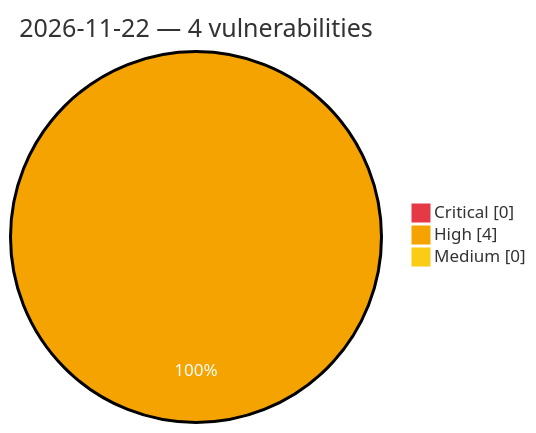
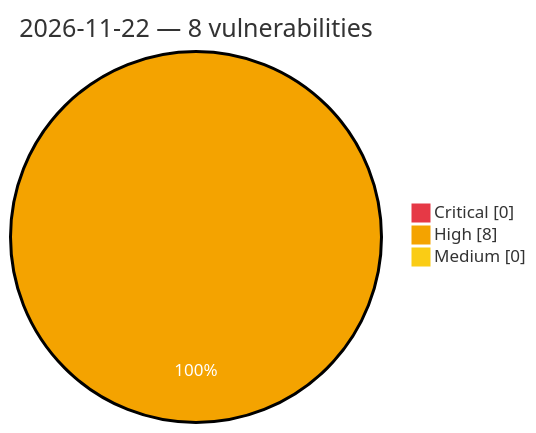
Before and after one commit to GhostX0X/vuln-tracker: the diagram in vulnerabilities/2026/November/2026-11-22.md, drawn with Mermaid. The commit also changed other lines of this file and 5 other files, not shown here.

````diff
--- a/vulnerabilities/2026/November/2026-11-22.md
+++ b/vulnerabilities/2026/November/2026-11-22.md
@@ -3,8 +3,8 @@
 ```mermaid
 %%{init: {'theme':'base', 'themeVariables': {'pie1':'#e63946', 'pie2':'#f4a300', 'pie3':'#facc15', 'pieOpacity':'1', 'pieOuterStrokeWidth':'2px', 'pieSectionTextColor':'#ffffff'}}}%%
 pie showData
-    title 2026-11-22 — 4 vulnerabilities
+    title 2026-11-22 — 8 vulnerabilities
     "Critical" : 0
-    "High" : 4
+    "High" : 8
     "Medium" : 0
 ```
````
